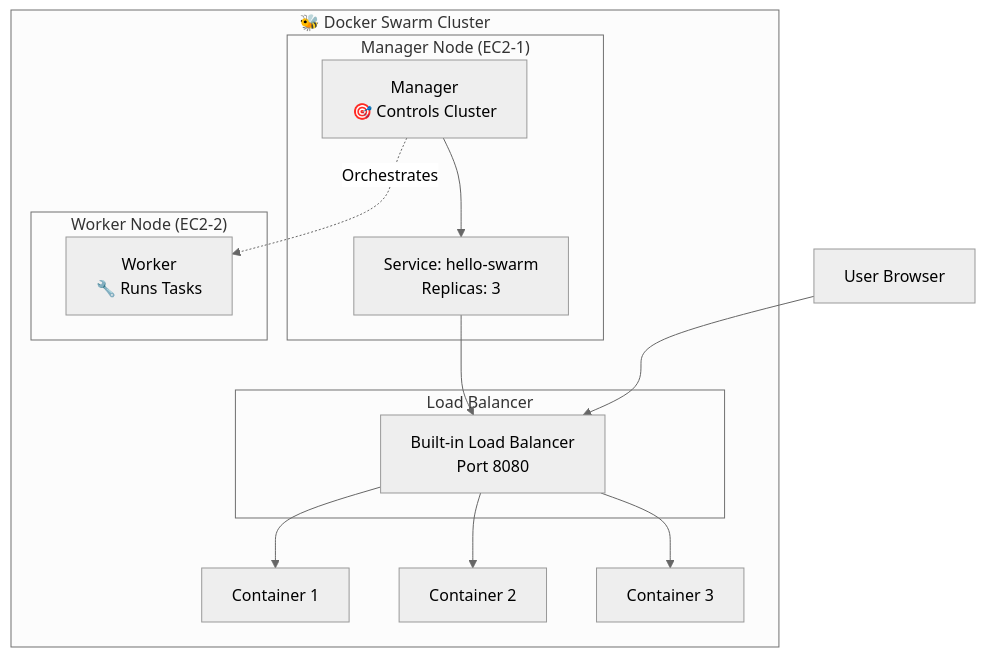
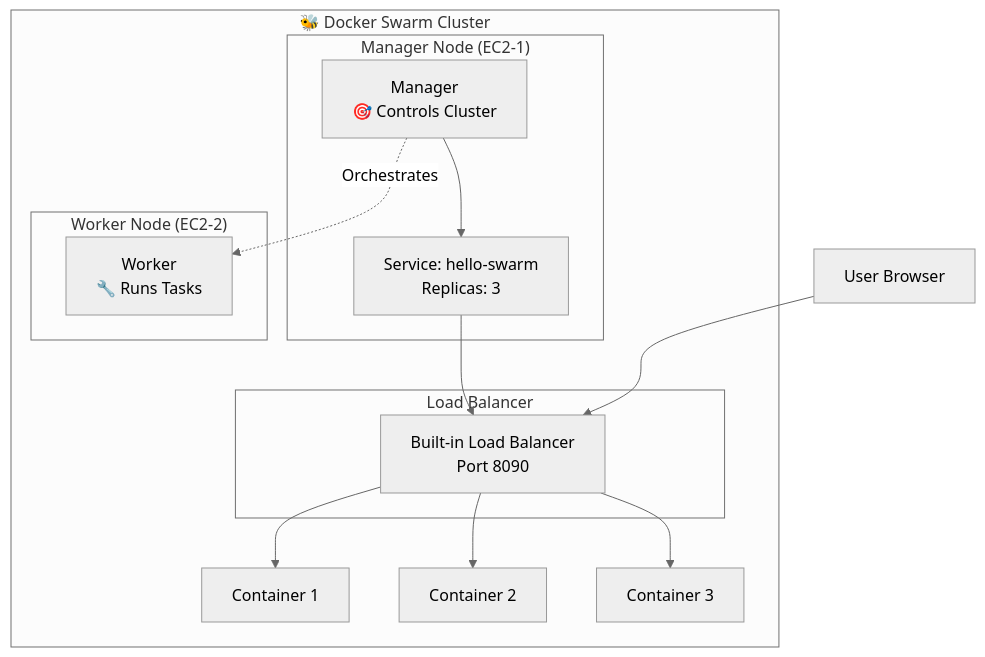
The first of 2 diagrams in Section-2-DevOps/Session-6_Docker-Swarm/6.1_swarm_basics/README.md (manikcloud/cloud-devops-learning-path), drawn with Mermaid (neutral theme) before and after one commit. The commit also changed other lines of this file and 3 other files, not shown here.

````diff
--- a/Section-2-DevOps/Session-6_Docker-Swarm/6.1_swarm_basics/README.md
+++ b/Section-2-DevOps/Session-6_Docker-Swarm/6.1_swarm_basics/README.md
@@ -28,26 +28,26 @@
 ```mermaid
 graph TB
     subgraph "🐝 Docker Swarm Cluster"
         subgraph "Manager Node (EC2-1)"
             M1[Manager<br/>🎯 Controls Cluster]
             S1[Service: hello-swarm<br/>Replicas: 3]
         end
         
         subgraph "Worker Node (EC2-2)"
             W1[Worker<br/>🔧 Runs Tasks]
         end
         
         subgraph "Load Balancer"
-            LB[Built-in Load Balancer<br/>Port 8080]
+            LB[Built-in Load Balancer<br/>Port 8090]
         end
         
         M1 --> S1
         M1 -.->|Orchestrates| W1
         S1 --> LB
         LB --> C1[Container 1]
         LB --> C2[Container 2] 
         LB --> C3[Container 3]
     end
     
     U[User Browser] --> LB
 ```
````
